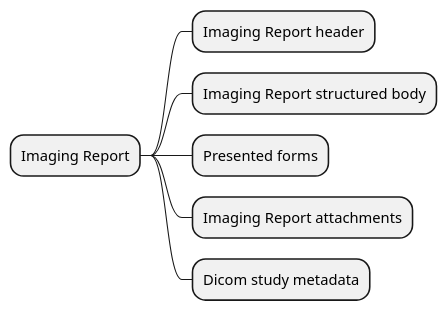
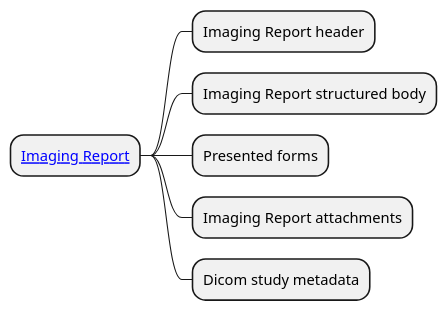
The diagram in input/images-source/imgReport_CIM.plantuml (Xt-EHR/xt-ehr-common), drawn with PlantUML before and after one commit. The commit also changed 12 other files, not shown here.

```diff
--- a/input/images-source/imgReport_CIM.plantuml
+++ b/input/images-source/imgReport_CIM.plantuml
@@ -1,8 +1,10 @@
 @startmindmap
-* Imaging Report
+skinparam topurl StructureDefinition-
+
+* [[EHDSImagingReport.html Imaging Report]]
 ** Imaging Report header
 ** Imaging Report structured body
 ** Presented forms
 ** Imaging Report attachments
 ** Dicom study metadata
 @endmindmap
```
